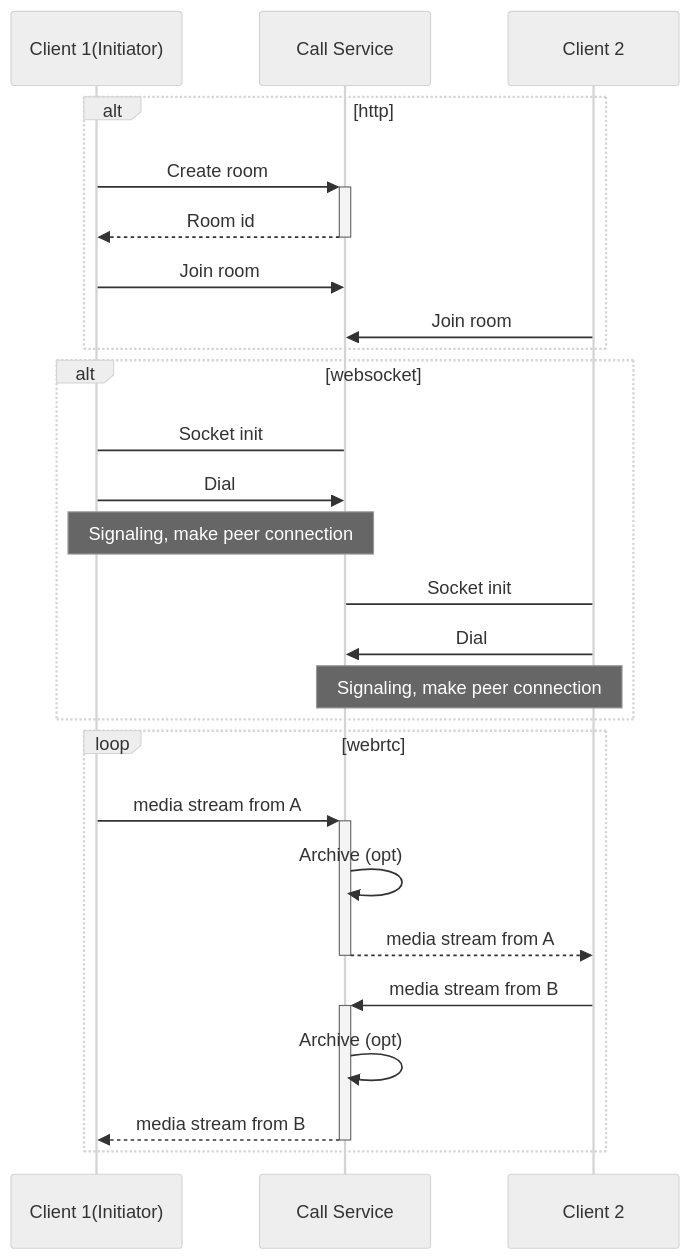
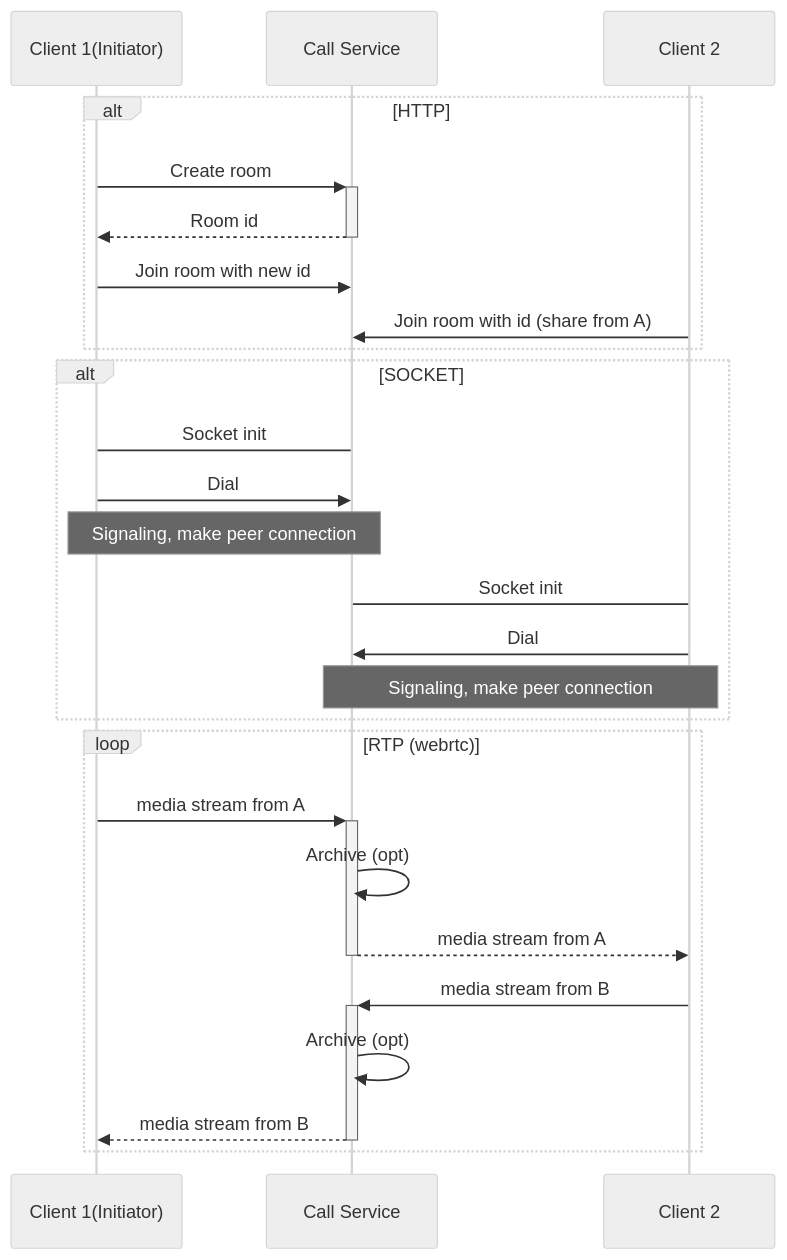
Before and after one commit to thaidh/peer-calls: the diagram in diagrams/flowchart.md, drawn with Mermaid (neutral theme). The commit also changed 7 other files, not shown here.

Commit message:
add video call chart

````diff
--- a/diagrams/flowchart.md
+++ b/diagrams/flowchart.md
@@ -1,33 +1,33 @@
 ```mermaid
 
 sequenceDiagram
     participant A as Client 1(Initiator)
     participant S as Call Service
     participant B as Client 2
 
-    alt http
+    alt HTTP
         A ->>+ S: Create room 
         S -->>- A: Room id 
-        A ->> S: Join room 
-        B ->> S : Join room   
+        A ->> S: Join room with new id
+        B ->> S : Join room with id (share from A)
     end
 
-    alt websocket
+    alt SOCKET
         S -> A: Socket init
         A ->> S: Dial
         Note over A, S: Signaling, make peer connection
         S -> B: Socket init
         B ->> S: Dial
         Note over B, S: Signaling, make peer connection
     end
 
-    loop webrtc
+    loop RTP (webrtc)
         A ->>+ S : media stream from A
         S ->> S: Archive (opt)
         S -->>- B : media stream from A
         B ->>+ S : media stream from B
         S ->> S: Archive (opt)
         S -->>- A : media stream from B
     end
 
 ```
````
